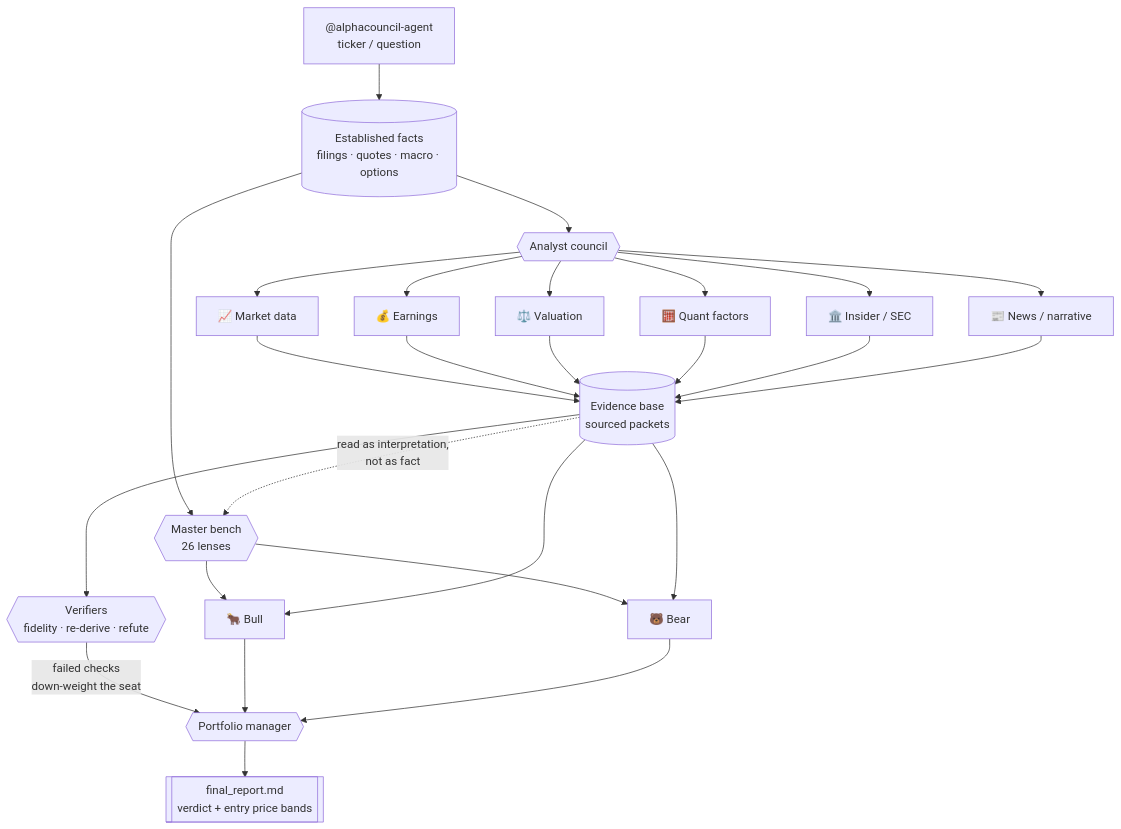
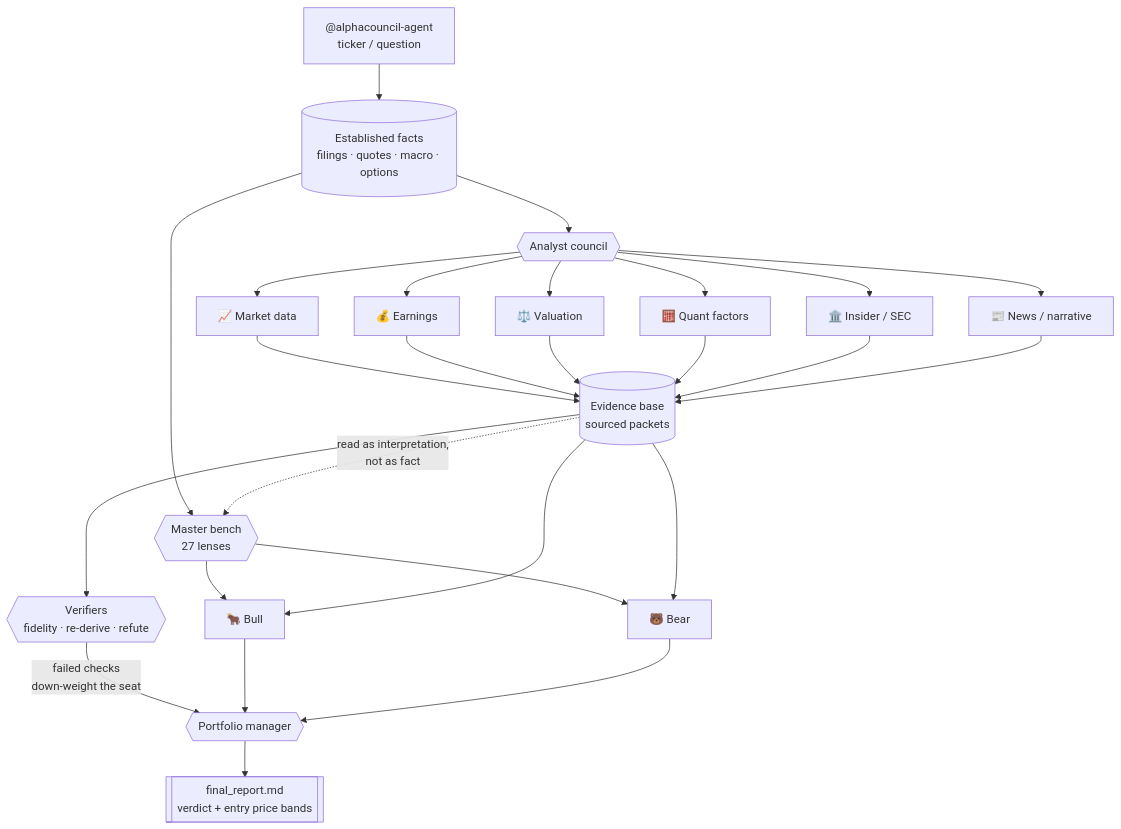
Before and after one commit to Zhao73/alphacouncil-agent: the diagram in README.md, drawn with Mermaid. The commit also changed other lines of this file and 1 other file, not shown here.

````diff
--- a/README.md
+++ b/README.md
@@ -311,28 +320,28 @@
 ```mermaid
 flowchart TD
     U["@alphacouncil-agent<br/>ticker / question"] --> G[("Established facts<br/>filings · quotes · macro · options")]
     G --> AG{{"Analyst council"}}
-    G --> MS{{"Master bench<br/>26 lenses"}}
+    G --> MS{{"Master bench<br/>27 lenses"}}
     AG --> A1["📈 Market data"]
     AG --> A2["💰 Earnings"]
     AG --> A3["⚖️ Valuation"]
     AG --> A4["🧮 Quant factors"]
     AG --> A5["🏛️ Insider / SEC"]
     AG --> A6["📰 News / narrative"]
     A1 --> EV[("Evidence base<br/>sourced packets")]
     A2 --> EV
     A3 --> EV
     A4 --> EV
     A5 --> EV
     A6 --> EV
     EV -.->|"read as interpretation,<br/>not as fact"| MS
     EV --> VF{{"Verifiers<br/>fidelity · re-derive · refute"}}
     VF -->|"failed checks<br/>down-weight the seat"| PM
     MS --> BULL["🐂 Bull"]
     MS --> BEAR["🐻 Bear"]
     EV --> BULL
     EV --> BEAR
     BULL --> PM{{"Portfolio manager"}}
     BEAR --> PM
     PM --> R[["final_report.md<br/>verdict + entry price bands"]]
 ```
````
